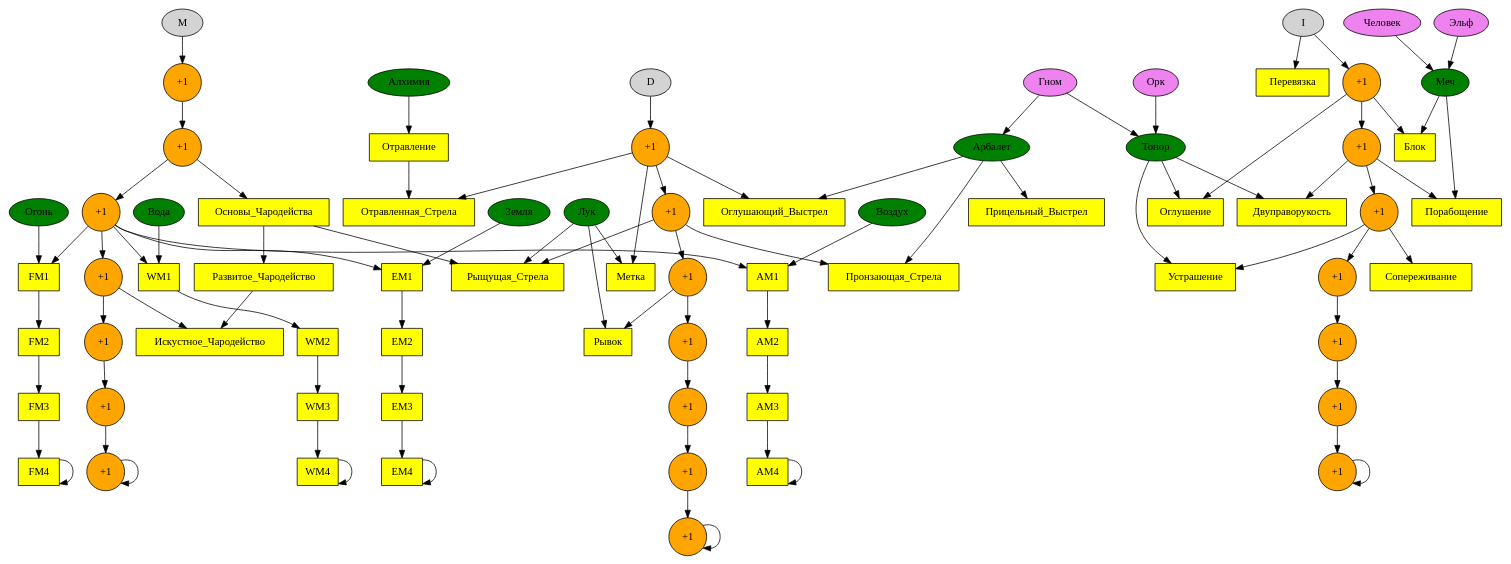
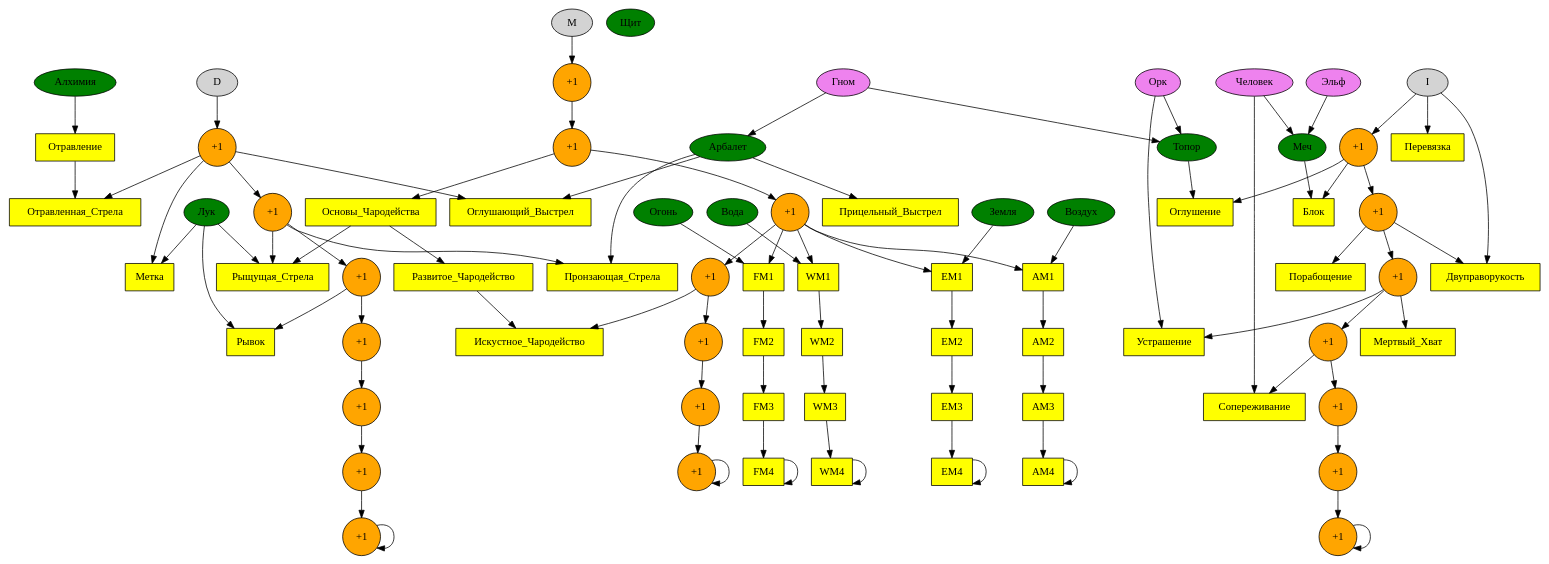
The diagram in rpg2.dot (hurufu/rpg), drawn with Graphviz before and after one commit. The commit also changed 1 other file, not shown here.

```diff
--- a/rpg2.dot
+++ b/rpg2.dot
@@ -1,59 +1,60 @@
 strict digraph rpg {
-	node [style=filled];
-	D; I; M;
-	node [fillcolor=green];
-	Лук; Арбалет; Алхимия; Огонь; Вода; Земля; Воздух; Меч; Топор;
-	node [fillcolor=violet];
-	Человек; Гном; Эльф; Орк;
-	node [label="+1", style=filled, shape=circle, fillcolor=orange, color=black];
-	D -> D1 -> D2 -> D3 -> D4 -> D5 -> D6 -> D7 -> D7;
-	M -> M1 -> M2 -> M3 -> M4 -> M5 -> M6 -> M7 -> M7;
-	I -> I1 -> I2 -> I3 -> I4 -> I5 -> I6 -> I7 -> I7;
-	node [label="\N", shape=box, fillcolor=yellow];
-	Человек -> Меч;
-	Эльф -> Меч;
-	Гном -> Топор;
-	Гном -> Арбалет;
-	Орк -> Топор;
-	D1 -> Отравленная_Стрела;
-	D1 -> Метка;
-	D1 -> Оглушающий_Выстрел;
-	D2 -> Рыщущая_Стрела;
-	D2 -> Пронзающая_Стрела;
-	D3 -> Рывок;
-	M2 -> Основы_Чародейства -> Развитое_Чародейство -> Искустное_Чародейство;
-	Основы_Чародейства -> Рыщущая_Стрела;
-	M4 -> Искустное_Чародейство;
-	M3 -> FM1;
-	M3 -> WM1;
-	M3 -> EM1;
-	M3 -> AM1;
-	Огонь -> FM1;
-	Вода -> WM1;
-	Земля -> EM1;
-	Воздух -> AM1;
-	FM1 -> FM2 -> FM3 -> FM4 -> FM4;
-	WM1 -> WM2 -> WM3 -> WM4 -> WM4;
-	EM1 -> EM2 -> EM3 -> EM4 -> EM4;
-	AM1 -> AM2 -> AM3 -> AM4 -> AM4;
-	Лук -> Метка;
-	Лук -> Рывок;
-	Лук -> Рыщущая_Стрела;
-	Арбалет -> Прицельный_Выстрел;
-	Арбалет -> Оглушающий_Выстрел;
-	Арбалет -> Пронзающая_Стрела;
-	Алхимия -> Отравление;
-	Отравление -> Отравленная_Стрела;
-	I -> Перевязка;
-	I1 -> Блок;
-	I1 -> Оглушение;
-	I2 -> Порабощение;
-	I2 -> Двуправорукость;
-	I3 -> Сопереживание;
-	I3 -> Устрашение;
-	Меч -> Блок;
-	Меч -> Порабощение;
-	Топор -> Оглушение;
-	Топор -> Двуправорукость;
-	Топор -> Устрашение;
+	node [style=filled]
+	D I M
+	node [fillcolor=green]
+	Лук Арбалет Алхимия Огонь Вода Земля Воздух Меч Топор Щит
+	node [fillcolor=violet]
+	Человек Гном Эльф Орк
+	node [label="+1", style=filled, shape=circle, fillcolor=orange, color=black]
+	D -> D1 -> D2 -> D3 -> D4 -> D5 -> D6 -> D7 -> D7
+	M -> M1 -> M2 -> M3 -> M4 -> M5 -> M6 -> M7 -> M7
+	I -> I1 -> I2 -> I3 -> I4 -> I5 -> I6 -> I7 -> I7
+	node [label="\N", shape=box, fillcolor=yellow]
+	Человек -> Меч
+	Человек -> Сопереживание
+	Эльф -> Меч
+	Гном -> Топор
+	Гном -> Арбалет
+	Орк -> Топор
+	Орк -> Устрашение
+	D1 -> Отравленная_Стрела
+	D1 -> Метка
+	D1 -> Оглушающий_Выстрел
+	D2 -> Рыщущая_Стрела
+	D2 -> Пронзающая_Стрела
+	D3 -> Рывок
+	M2 -> Основы_Чародейства -> Развитое_Чародейство -> Искустное_Чародейство
+	Основы_Чародейства -> Рыщущая_Стрела
+	M4 -> Искустное_Чародейство
+	M3 -> FM1
+	M3 -> WM1
+	M3 -> EM1
+	M3 -> AM1
+	Огонь -> FM1
+	Вода -> WM1
+	Земля -> EM1
+	Воздух -> AM1
+	FM1 -> FM2 -> FM3 -> FM4 -> FM4
+	WM1 -> WM2 -> WM3 -> WM4 -> WM4
+	EM1 -> EM2 -> EM3 -> EM4 -> EM4
+	AM1 -> AM2 -> AM3 -> AM4 -> AM4
+	Лук -> Метка
+	Лук -> Рывок
+	Лук -> Рыщущая_Стрела
+	Арбалет -> Прицельный_Выстрел
+	Арбалет -> Оглушающий_Выстрел
+	Арбалет -> Пронзающая_Стрела
+	Алхимия -> Отравление
+	Отравление -> Отравленная_Стрела
+	I -> Перевязка
+	I -> Двуправорукость
+	I1 -> Блок
+	I1 -> Оглушение
+	I2 -> Порабощение
+	I2 -> Двуправорукость
+	I3 -> Устрашение
+	I3 -> Мертвый_Хват
+	I4 -> Сопереживание
+	Меч -> Блок
+	Топор -> Оглушение
 }
```
